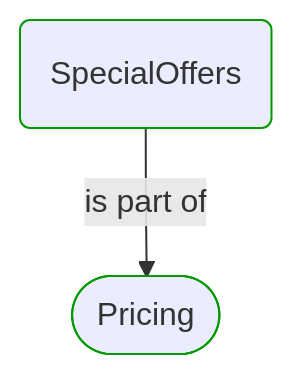
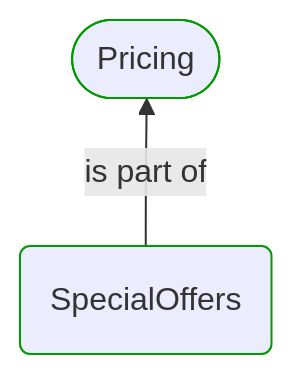
Before and after one commit to itlibrium/DDD-starter-dotnet: the first of 5 diagrams in Docs/P3/MermaidOutput/Modules/Sales/Pricing/SpecialOffers/SpecialOffers.md, drawn with Mermaid. The commit also changed other lines of this file and 174 other files, not shown here.

````diff
--- a/Docs/P3/MermaidOutput/Modules/Sales/Pricing/SpecialOffers/SpecialOffers.md
+++ b/Docs/P3/MermaidOutput/Modules/Sales/Pricing/SpecialOffers/SpecialOffers.md
@@ -20,11 +20,14 @@
 ```mermaid
   flowchart TB
-    0(SpecialOffers)
+    0([Pricing])
     class 0 DomainPerspective
-    1([Pricing])
+    1(SpecialOffers)
     class 1 DomainPerspective
-    0-->|is part of|1
+    0---1
+    1-->|is part of|0
+    1---0
+    linkStyle 0,2 stroke:none
     classDef DomainPerspective stroke:#009900
     classDef TechnologyPerspective stroke:#1F41EB
     classDef PeoplePerspective stroke:#FFF014
 ```
````
